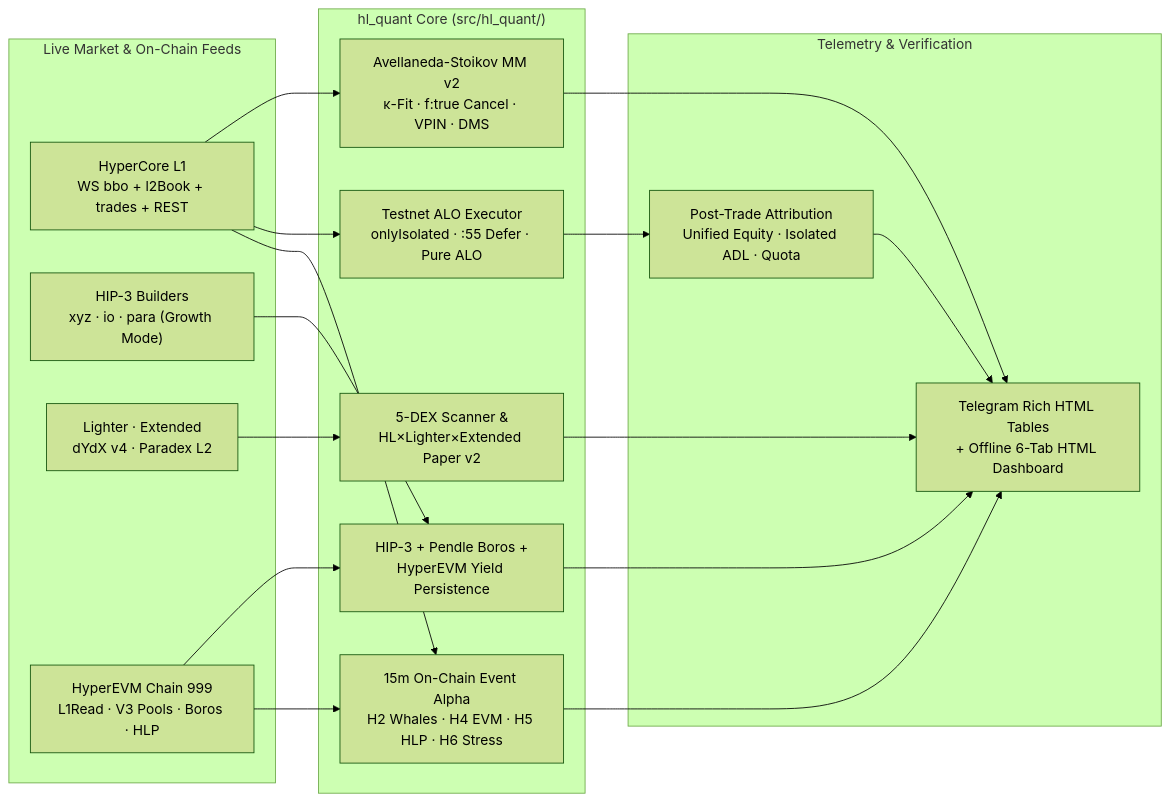
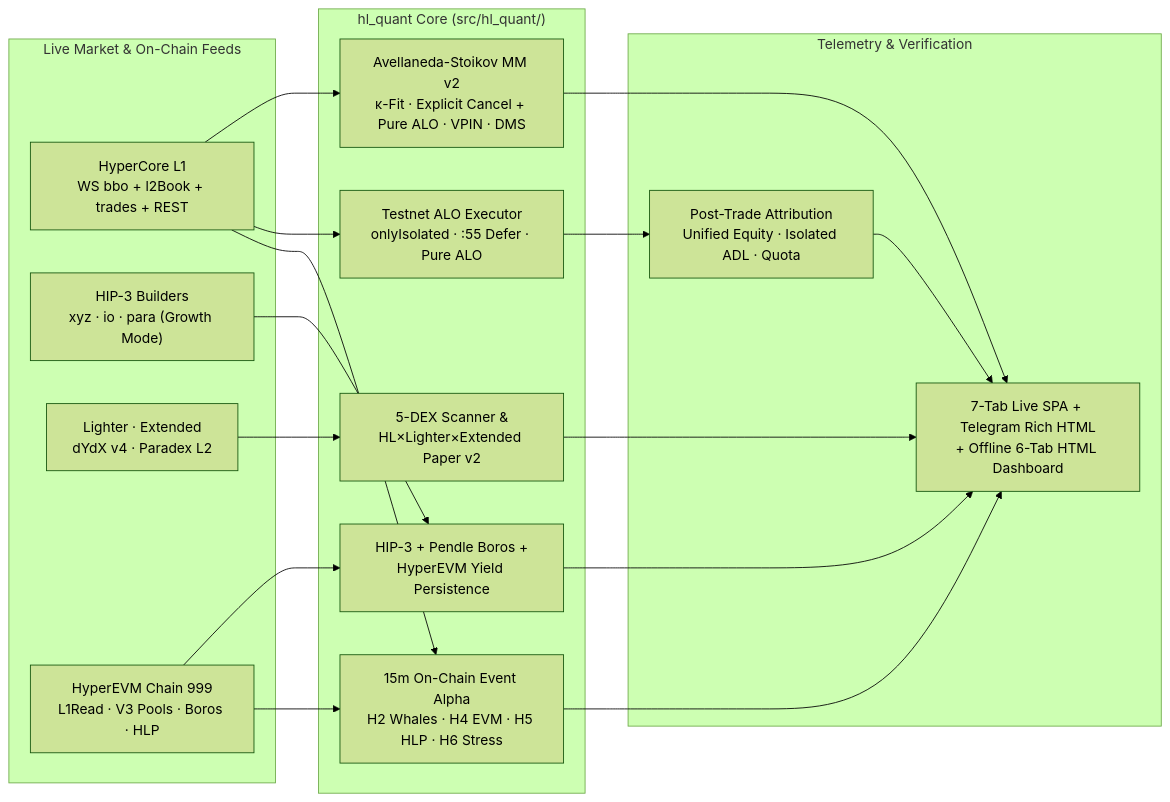
Before and after one commit to KonstantinRogozhkin/hyperliquid-quant-defi: the diagram in docs/wiki/Home.md, drawn with Mermaid (forest theme). The commit also changed other lines of this file and 97 other files, not shown here.

````diff
--- a/docs/wiki/Home.md
+++ b/docs/wiki/Home.md
@@ -9,30 +9,30 @@
 ```mermaid
 flowchart LR
     subgraph Feeds["Live Market & On-Chain Feeds"]
         HL["HyperCore L1<br/>WS bbo + l2Book + trades + REST"]
         HIP3["HIP-3 Builders<br/>xyz · io · para (Growth Mode)"]
         DEX5["Lighter · Extended<br/>dYdX v4 · Paradex L2"]
         EVM["HyperEVM Chain 999<br/>L1Read · V3 Pools · Boros · HLP"]
     end
 
     subgraph Engine["hl_quant Core (src/hl_quant/)"]
-        MM["Avellaneda-Stoikov MM v2<br/>κ-Fit · f:true Cancel · VPIN · DMS"]
+        MM["Avellaneda-Stoikov MM v2<br/>κ-Fit · Explicit Cancel + Pure ALO · VPIN · DMS"]
         EXEC["Testnet ALO Executor<br/>onlyIsolated · :55 Defer · Pure ALO"]
         CDEX["5-DEX Scanner &<br/>HL×Lighter×Extended Paper v2"]
         FRONT["HIP-3 + Pendle Boros +<br/>HyperEVM Yield Persistence"]
         EVENT["15m On-Chain Event Alpha<br/>H2 Whales · H4 EVM · H5 HLP · H6 Stress"]
     end
 
     subgraph Ops["Telemetry & Verification"]
         ATTR["Post-Trade Attribution<br/>Unified Equity · Isolated ADL · Quota"]
-        DASH["Telegram Rich HTML Tables<br/>+ Offline 6-Tab HTML Dashboard"]
+        DASH["7-Tab Live SPA + Telegram Rich HTML<br/>+ Offline 6-Tab HTML Dashboard"]
     end
 
     HL --> MM --> DASH
     HL --> EXEC --> ATTR --> DASH
     DEX5 --> CDEX --> DASH
     HIP3 --> FRONT --> DASH
     EVM --> FRONT
     EVM --> EVENT --> DASH
     HL --> EVENT
 ```
````
